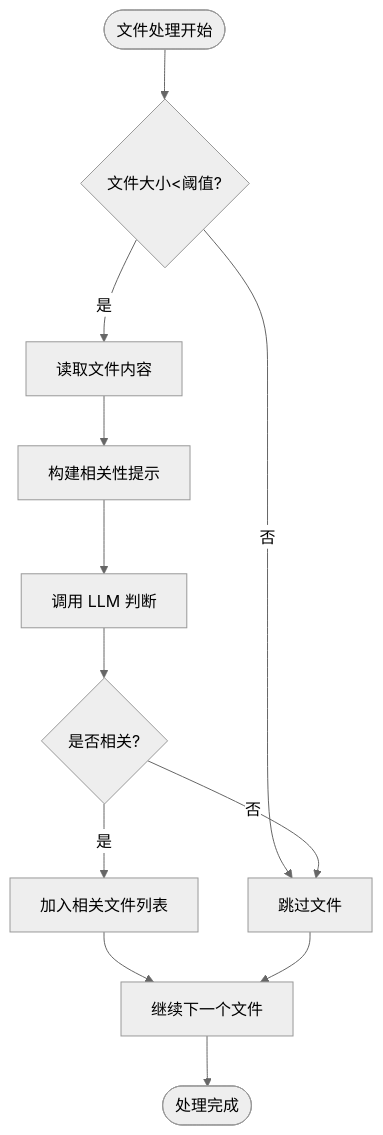
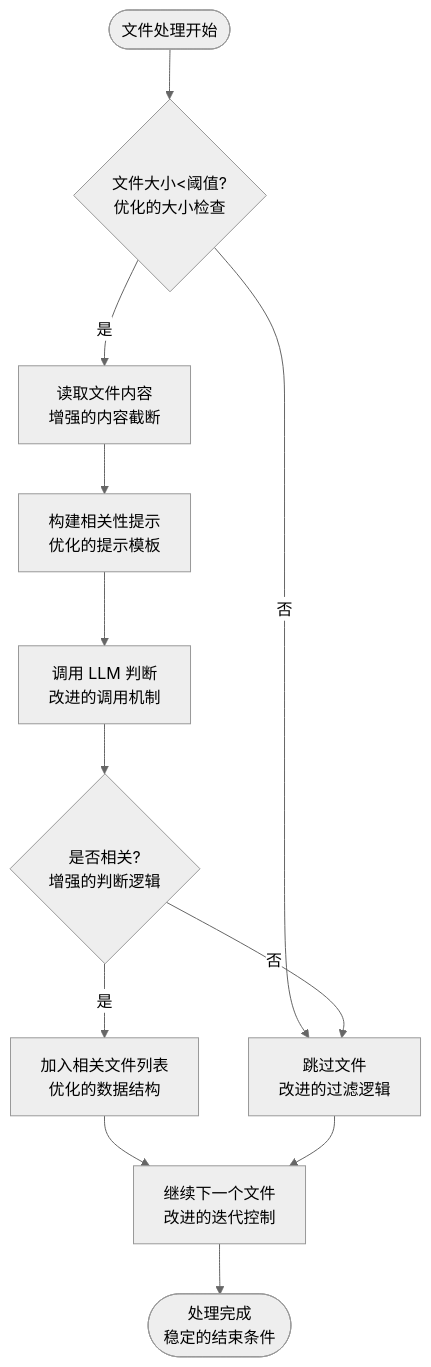
One commit to Jayint/Jayint-repo changed the fifth of 6 diagrams in .qoder/repowiki/zh/content/核心组件/图像选择器模块.md. Above: the diagram before and after it, drawn with Mermaid (neutral theme). The commit also changed other lines of this file and 497 other files, not shown here.

````diff
--- a/.qoder/repowiki/zh/content/核心组件/图像选择器模块.md
+++ b/.qoder/repowiki/zh/content/核心组件/图像选择器模块.md
@@ -179,14 +208,14 @@
 ```mermaid
 flowchart TD
-Start([文件处理开始]) --> CheckSize{文件大小<阈值?}
-CheckSize --> |否| Skip[跳过文件]
-CheckSize --> |是| ReadContent[读取文件内容]
-ReadContent --> BuildPrompt[构建相关性提示]
-BuildPrompt --> CallLLM[调用 LLM 判断]
-CallLLM --> IsRelevant{是否相关?}
-IsRelevant --> |是| AddToList[加入相关文件列表]
+Start([文件处理开始]) --> CheckSize{文件大小<阈值?<br/>优化的大小检查}
+CheckSize --> |否| Skip[跳过文件<br/>改进的过滤逻辑]
+CheckSize --> |是| ReadContent[读取文件内容<br/>增强的内容截断]
+ReadContent --> BuildPrompt[构建相关性提示<br/>优化的提示模板]
+BuildPrompt --> CallLLM[调用 LLM 判断<br/>改进的调用机制]
+CallLLM --> IsRelevant{是否相关?<br/>增强的判断逻辑}
+IsRelevant --> |是| AddToList[加入相关文件列表<br/>优化的数据结构]
 IsRelevant --> |否| Skip
-AddToList --> Continue[继续下一个文件]
+AddToList --> Continue[继续下一个文件<br/>改进的迭代控制]
 Skip --> Continue
-Continue --> End([处理完成])
+Continue --> End([处理完成<br/>稳定的结束条件])
 ```
````
